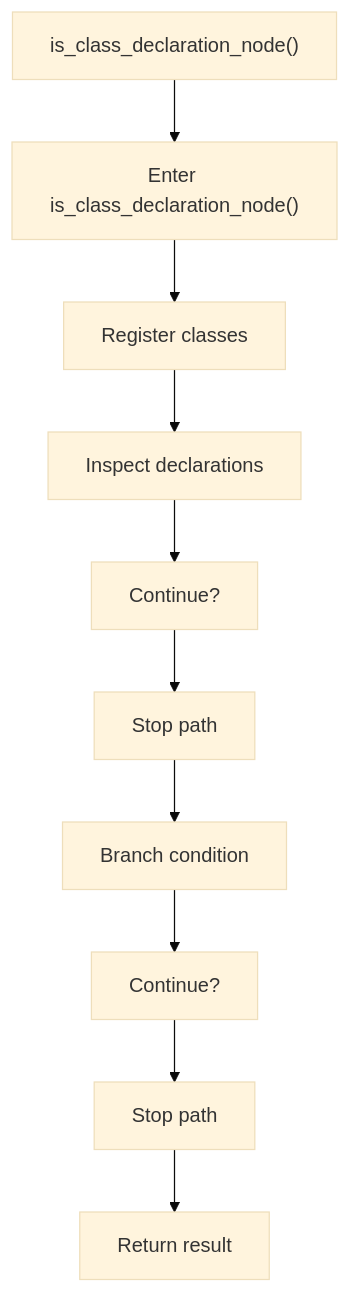
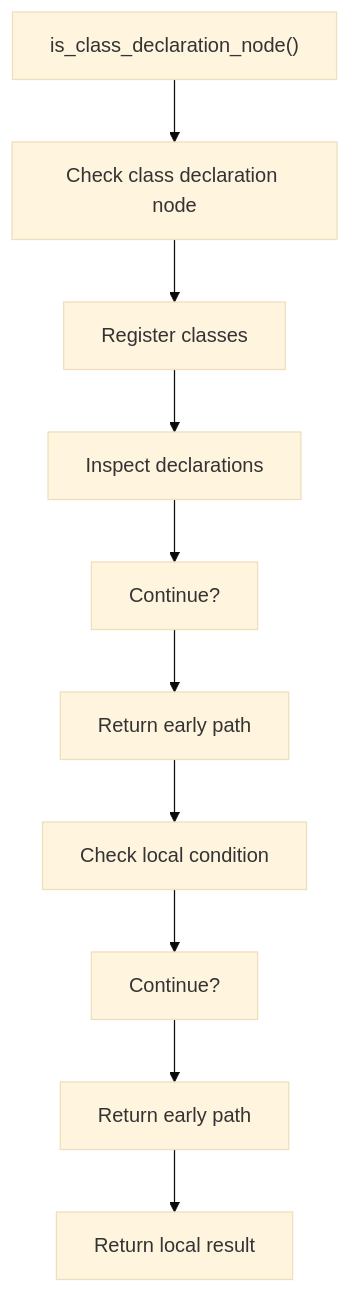
The first of 2 diagrams in docs/Codebase/Microservice/Modules/Source/HashingMechanism/HashLinks/Common/Flow/functions/is_class_declaration_node.cpp.md (JohnAndrewBalbarosa/NeoTerritory), drawn with Mermaid (base theme) before and after one commit. The commit also changed other lines of this file and 915 other files, not shown here.

````diff
--- a/docs/Codebase/Microservice/Modules/Source/HashingMechanism/HashLinks/Common/Flow/functions/is_class_declaration_node.cpp.md
+++ b/docs/Codebase/Microservice/Modules/Source/HashingMechanism/HashLinks/Common/Flow/functions/is_class_declaration_node.cpp.md
@@ -25,22 +25,22 @@
 ```mermaid
 flowchart TD
     N0["is_class_declaration_node()"]
-    N1["Enter is_class_declaration_node()"]
+    N1["Check class declaration node"]
     N2["Register classes"]
     N3["Inspect declarations"]
     N4["Continue?"]
-    N5["Stop path"]
-    N6["Branch condition"]
+    N5["Return early path"]
+    N6["Check local condition"]
     N7["Continue?"]
-    N8["Stop path"]
-    N9["Return result"]
+    N8["Return early path"]
+    N9["Return local result"]
     N0 --> N1
     N1 --> N2
     N2 --> N3
     N3 --> N4
     N4 --> N5
     N5 --> N6
     N6 --> N7
     N7 --> N8
     N8 --> N9
 ```
````
